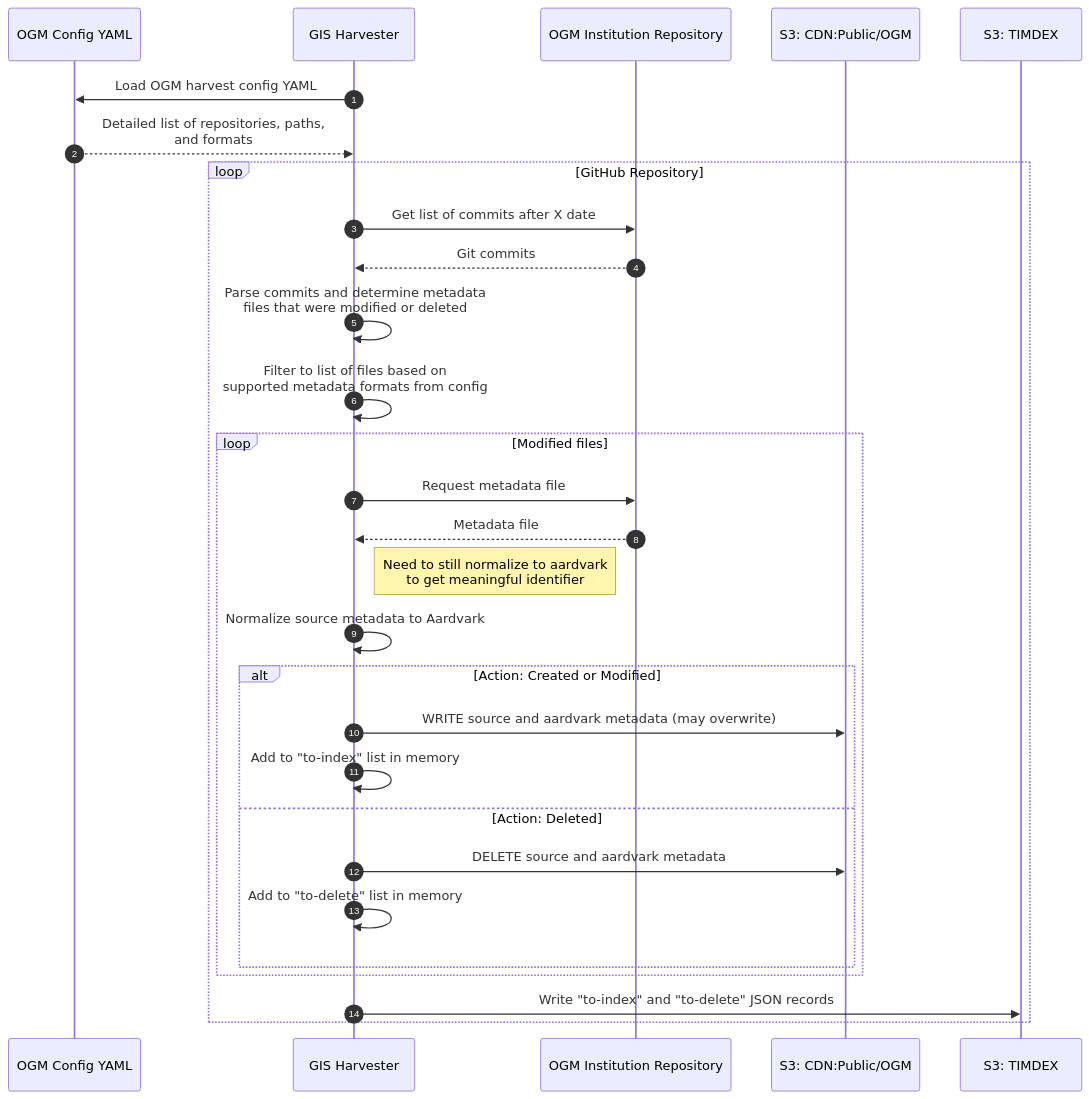
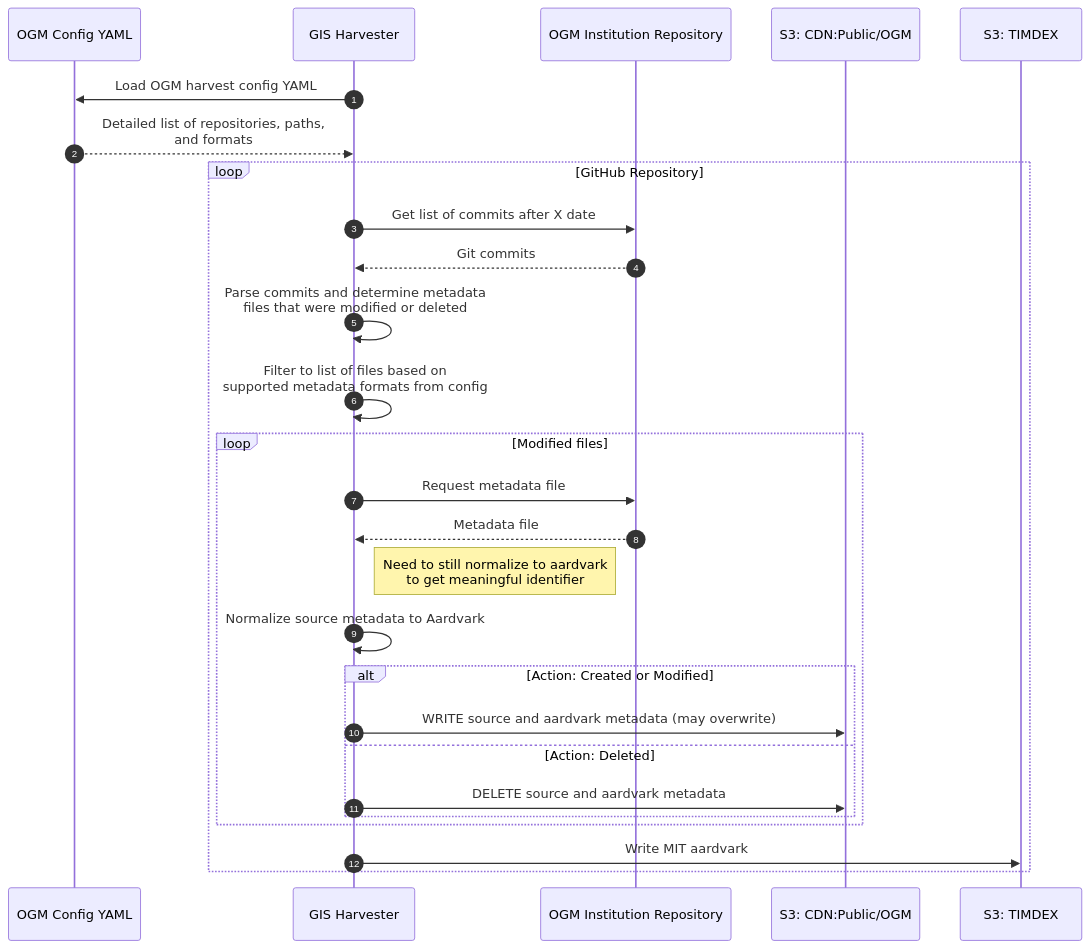
The second of 2 diagrams in docs/ogm_harvests.md (MITLibraries/geo-harvester), drawn with Mermaid before and after one commit. The commit also changed other lines of this file and 2 other files, not shown here.

Commit message:
update docs for Records and anticipate iterators

````diff
--- a/docs/ogm_harvests.md
+++ b/docs/ogm_harvests.md
@@ -37,35 +35,33 @@
 ```mermaid
 sequenceDiagram
     autonumber
     participant ogm_config_yaml as OGM Config YAML
-    participant gis_harv as GIS Harvester
+    participant geo_harv as GIS Harvester
     participant ogm_repo as OGM Institution Repository
     participant s3_cdn_pub as S3: CDN:Public/OGM
     participant s3_timdex as S3: TIMDEX
     
-    gis_harv->>ogm_config_yaml: Load OGM harvest config YAML
-    ogm_config_yaml-->>gis_harv: Detailed list of repositories, paths, <br> and formats
+    geo_harv->>ogm_config_yaml: Load OGM harvest config YAML
+    ogm_config_yaml-->>geo_harv: Detailed list of repositories, paths, <br> and formats
     
     loop GitHub Repository
-        gis_harv->>ogm_repo: Get list of commits after X date
-        ogm_repo-->>gis_harv: Git commits
-        gis_harv->>gis_harv: Parse commits and determine metadata <br> files that were modified or deleted
-        gis_harv->>gis_harv: Filter to list of files based on <br> supported metadata formats from config
+        geo_harv->>ogm_repo: Get list of commits after X date
+        ogm_repo-->>geo_harv: Git commits
+        geo_harv->>geo_harv: Parse commits and determine metadata <br> files that were modified or deleted
+        geo_harv->>geo_harv: Filter to list of files based on <br> supported metadata formats from config
         
         loop Modified files
-            gis_harv->>ogm_repo: Request metadata file
-            ogm_repo-->>gis_harv: Metadata file
-            Note right of gis_harv: Need to still normalize to aardvark <br> to get meaningful identifier
-            gis_harv->>gis_harv: Normalize source metadata to Aardvark
+            geo_harv->>ogm_repo: Request metadata file
+            ogm_repo-->>geo_harv: Metadata file
+            Note right of geo_harv: Need to still normalize to aardvark <br> to get meaningful identifier
+            geo_harv->>geo_harv: Normalize source metadata to Aardvark
             alt Action: Created or Modified
-                gis_harv->>s3_cdn_pub: WRITE source and aardvark metadata (may overwrite)
-                gis_harv->>gis_harv: Add to "to-index" list in memory
+                geo_harv->>s3_cdn_pub: WRITE source and aardvark metadata (may overwrite)
             else Action: Deleted
-                gis_harv->>s3_cdn_pub: DELETE source and aardvark metadata
-                gis_harv->>gis_harv: Add to "to-delete" list in memory
+                geo_harv->>s3_cdn_pub: DELETE source and aardvark metadata
             end
         end
         
-        gis_harv->>s3_timdex: Write "to-index" and "to-delete" JSON records
+        geo_harv->>s3_timdex: Write MIT aardvark
     end
 ```
````
